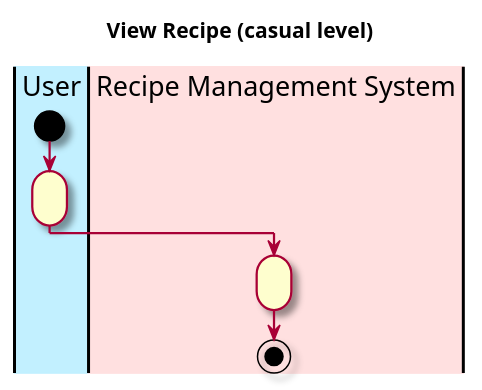
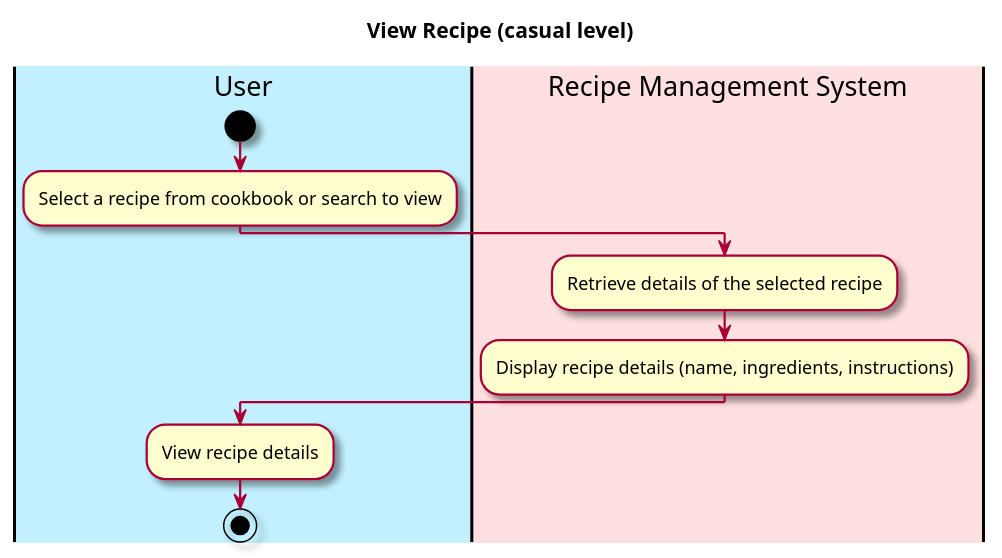
Before and after one commit to berthashipper/Pantry-Pal-Android-Application: the diagram in intellij/doc/use-cases/view_recipe.md, drawn with PlantUML. The commit also changed other lines of this file, not shown here.

Commit message:
Wrote view_recipe use case

````diff
--- a/intellij/doc/use-cases/view_recipe.md
+++ b/intellij/doc/use-cases/view_recipe.md
@@ -29,21 +27,24 @@
 ```plantuml
 @startuml
 
 skin rose
 
 title View Recipe (casual level)
 
 'define the lanes
 |#application|User|
 |#implementation|Recipe Management System|
 
 |User|
 start
-:;
+:Select a recipe from cookbook or search to view;
+|Recipe Management System|
+:Retrieve details of the selected recipe;
+:Display recipe details (name, ingredients, instructions);
 
-|Recipe Management System|
-:;
+|User|
+:View recipe details;
 
 stop
 @enduml
 ```
````
